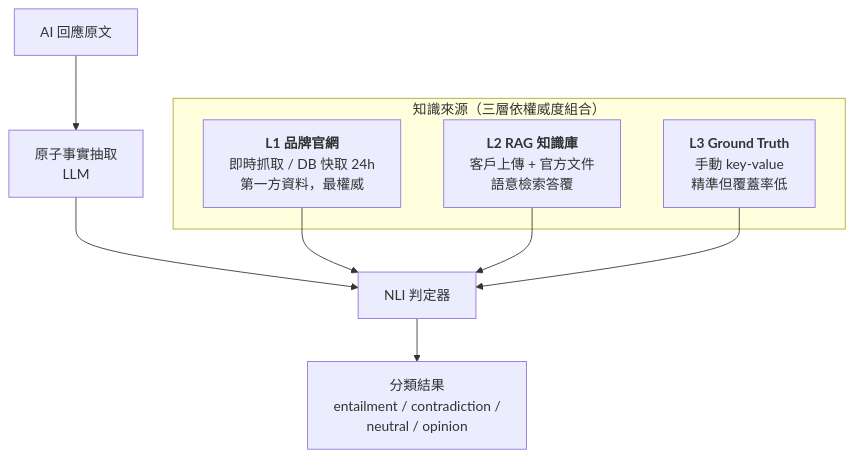
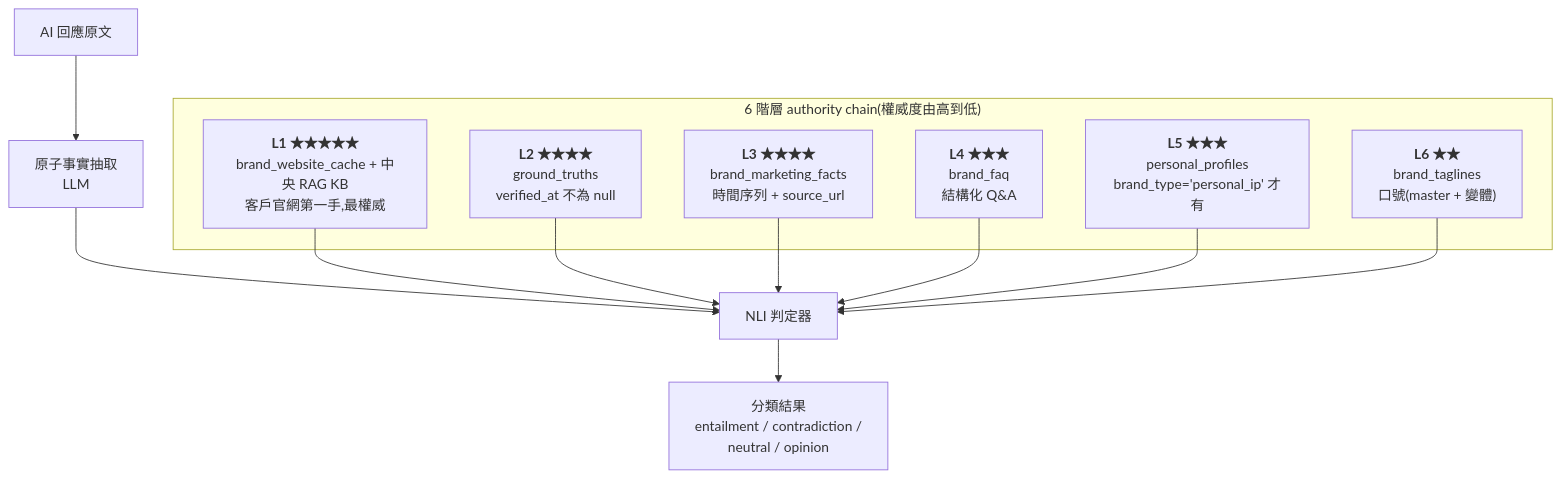
One commit to baiyuan-tech/geo-whitepaper changed the third of 9 diagrams in zh-TW/ch09-closed-loop.md. Above: the diagram before and after it, drawn with Mermaid. The commit also changed other lines of this file, not shown here.

First line of the commit message:
docs(ch09-r3): 第 3 輪深度審計 6 階層 authority + Dashboard + API 對齊 PROD v3.29.415

````diff
--- a/zh-TW/ch09-closed-loop.md
+++ b/zh-TW/ch09-closed-loop.md
@@ -168,14 +173,20 @@
 ```mermaid
 flowchart TB
     Resp[AI 回應原文] --> Ext[原子事實抽取<br/>LLM]
     Ext --> NLI[NLI 判定器]
-    subgraph KS["知識來源（三層依權威度組合）"]
-      K1["<b>L1 品牌官網</b><br/>即時抓取 / DB 快取 24h<br/>第一方資料，最權威"]
-      K2["<b>L2 RAG 知識庫</b><br/>客戶上傳 + 官方文件<br/>語意檢索答覆"]
-      K3["<b>L3 Ground Truth</b><br/>手動 key-value<br/>精準但覆蓋率低"]
+    subgraph KS["6 階層 authority chain(權威度由高到低)"]
+      K1["<b>L1 ★★★★★</b><br/>brand_website_cache + 中央 RAG KB<br/>客戶官網第一手,最權威"]
+      K2["<b>L2 ★★★★</b><br/>ground_truths<br/>verified_at 不為 null"]
+      K3["<b>L3 ★★★★</b><br/>brand_marketing_facts<br/>時間序列 + source_url"]
+      K4["<b>L4 ★★★</b><br/>brand_faq<br/>結構化 Q&A"]
+      K5["<b>L5 ★★★</b><br/>personal_profiles<br/>brand_type='personal_ip' 才有"]
+      K6["<b>L6 ★★</b><br/>brand_taglines<br/>口號(master + 變體)"]
     end
     K1 --> NLI
     K2 --> NLI
     K3 --> NLI
+    K4 --> NLI
+    K5 --> NLI
+    K6 --> NLI
     NLI --> Cls[分類結果<br/>entailment / contradiction /<br/>neutral / opinion]
 ```
````
